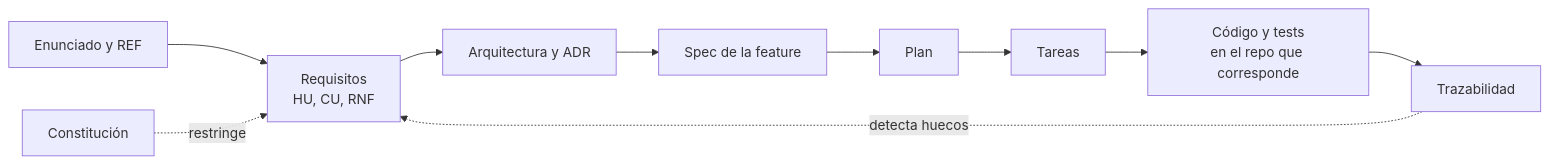
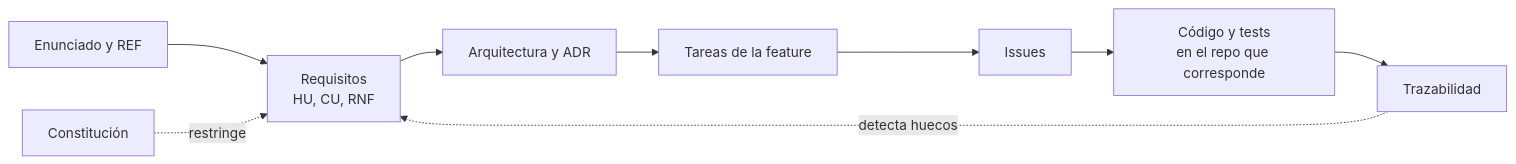
The diagram in README.md (Martin-Salvatore-ProgII/docs), drawn with Mermaid before and after one commit. The commit also changed other lines of this file and 12 other files, not shown here.

````diff
--- a/README.md
+++ b/README.md
@@ -49,12 +50,11 @@
 ```mermaid
 flowchart LR
     E[Enunciado y REF] --> R[Requisitos<br/>HU, CU, RNF]
     C[Constitución] -.restringe.-> R
     R --> A[Arquitectura y ADR]
-    A --> S[Spec de la feature]
-    S --> P[Plan]
-    P --> T[Tareas]
-    T --> K[Código y tests<br/>en el repo que corresponde]
+    A --> T[Tareas de la feature]
+    T --> I[Issues]
+    I --> K[Código y tests<br/>en el repo que corresponde]
     K --> M[Trazabilidad]
     M -.detecta huecos.-> R
 ```
````
